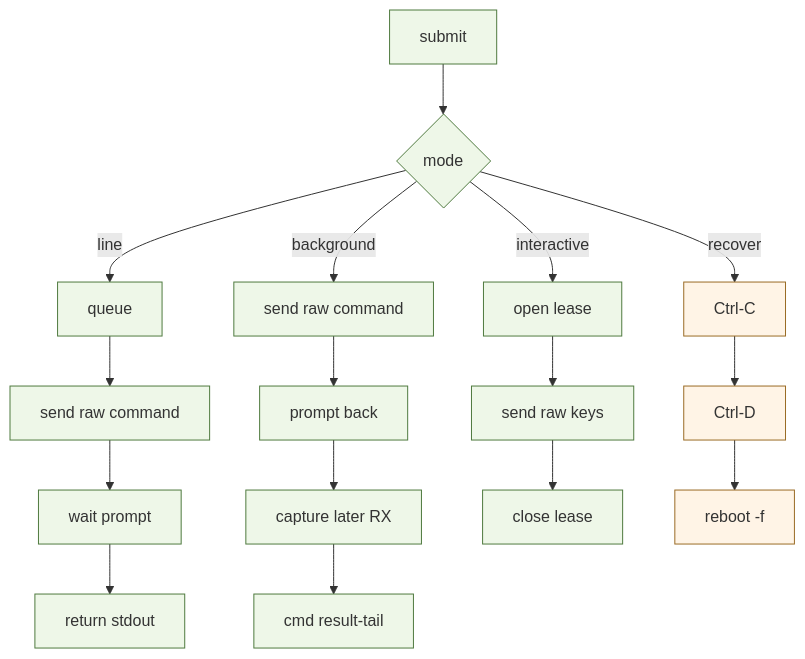
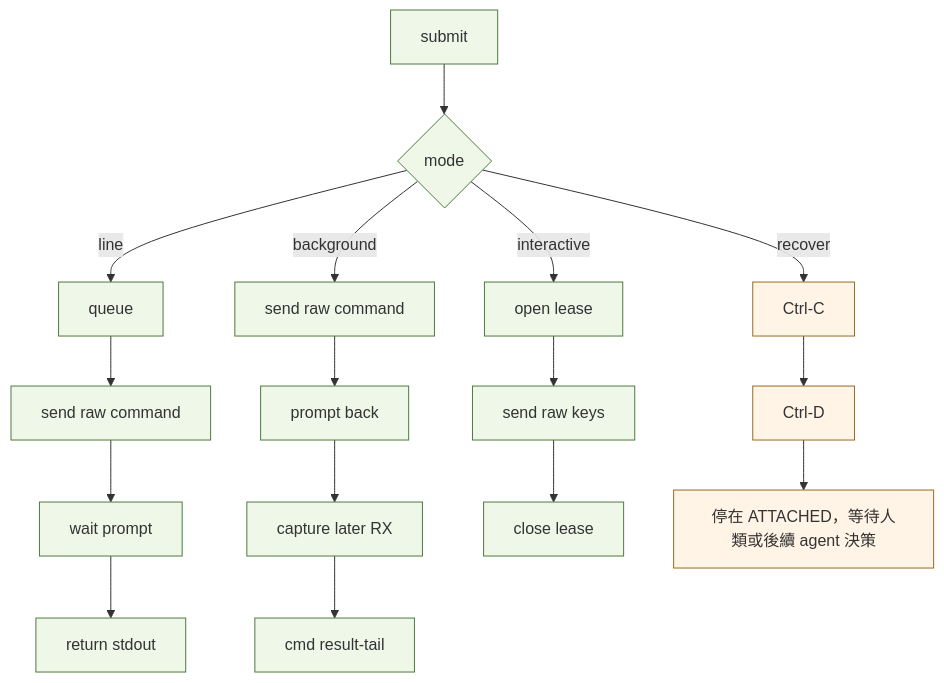
One commit to hamanpaul/serialwrap changed the third of 3 diagrams in README.md. Above: the diagram before and after it, drawn with Mermaid. The commit also changed other lines of this file and 15 other files, not shown here.

````diff
--- a/README.md
+++ b/README.md
@@ -92,24 +96,24 @@
 ```mermaid
 flowchart TD
     S1["submit"] --> M1{"mode"}
     M1 -->|line| L1["queue"]
     L1 --> L2["send raw command"]
     L2 --> L3["wait prompt"]
     L3 --> L4["return stdout"]
     M1 -->|background| B1["send raw command"]
     B1 --> B2["prompt back"]
     B2 --> B3["capture later RX"]
     B3 --> B4["cmd result-tail"]
     M1 -->|interactive| I1["open lease"]
     I1 --> I2["send raw keys"]
     I2 --> I3["close lease"]
     M1 -->|recover| R1["Ctrl-C"]
     R1 --> R2["Ctrl-D"]
-    R2 --> R3["reboot -f"]
+    R2 --> R3["停在 ATTACHED，等待人類或後續 agent 決策"]
 
     classDef flow fill:#eef7e8,stroke:#4f7a3f,stroke-width:1px;
     classDef warn fill:#fff4e6,stroke:#9a6b25,stroke-width:1px;
 
     class S1,M1,L1,L2,L3,L4,B1,B2,B3,B4,I1,I2,I3 flow
     class R1,R2,R3 warn
 ```
````
